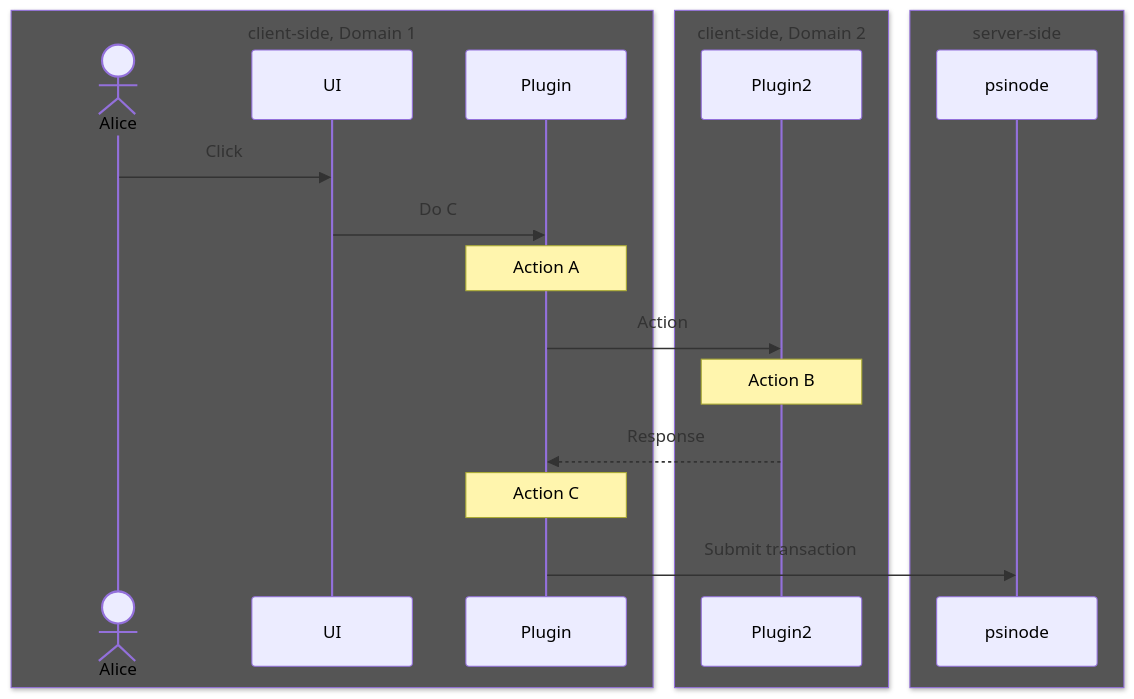
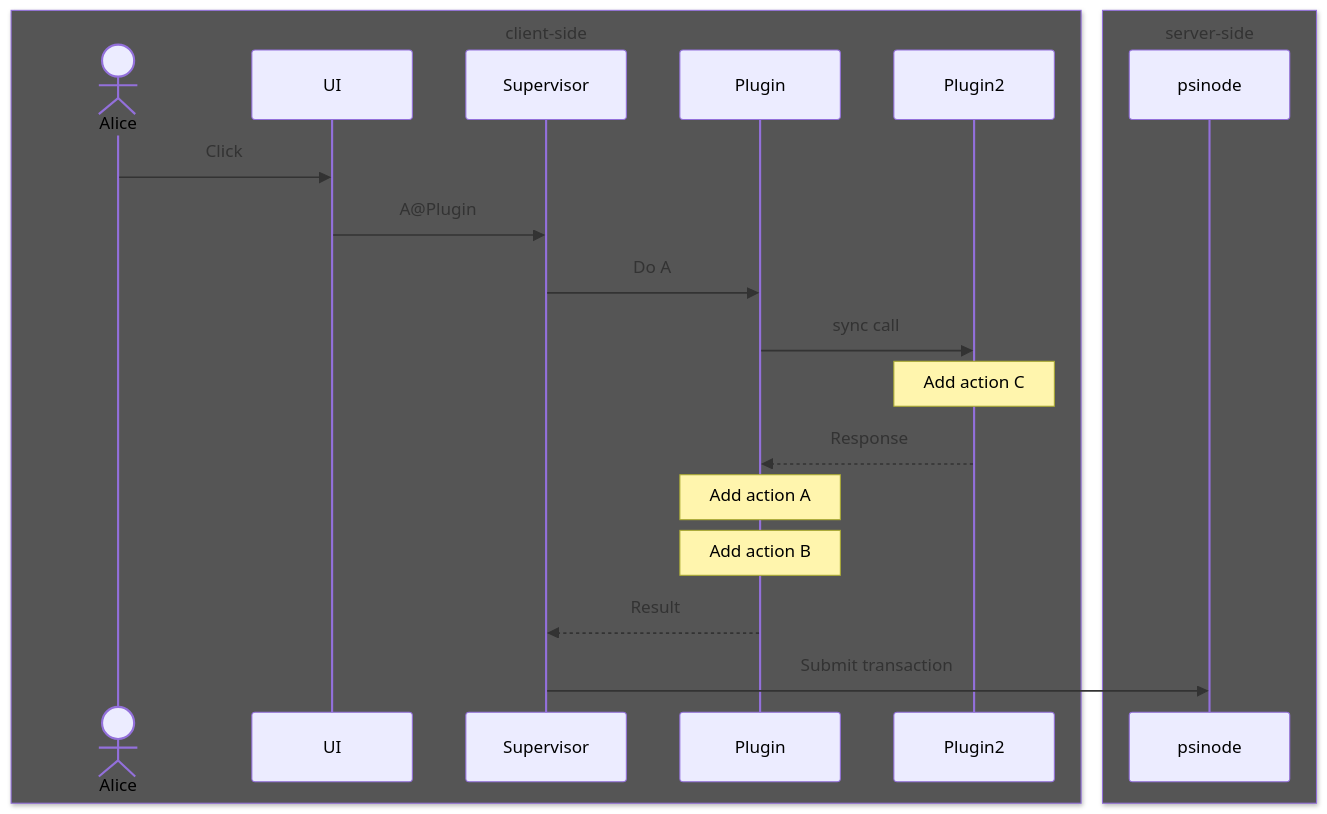
The second of 2 diagrams in doc/psidk/src/specifications/app-architecture/plugins.md (gofractally/psibase), drawn with Mermaid before and after one commit. The commit also changed other lines of this file and 6 other files, not shown here.

````diff
--- a/doc/psidk/src/specifications/app-architecture/plugins.md
+++ b/doc/psidk/src/specifications/app-architecture/plugins.md
@@ -81,26 +52,26 @@
 ```mermaid
 sequenceDiagram 
 
-box rgb(85,85,85) client-side, Domain 1
+box rgb(85,85,85) client-side
 actor Alice
 participant UI
+participant Supervisor
 participant Plugin
-end
-
-box rgb(85,85,85) client-side, Domain 2
 participant Plugin2
 end
 
 box rgb(85,85,85) server-side
 participant psinode
 end
 
 Alice->>UI: Click
-UI->>Plugin: Do C
-Note over Plugin: Action A
-Plugin->>Plugin2: Action
-Note over Plugin2: Action B
+UI->>Supervisor: A@Plugin
+Supervisor->>Plugin: Do A
+Plugin->>Plugin2: sync call
+Note over Plugin2: Add action C
 Plugin2-->>Plugin: Response
-Note over Plugin: Action C
-Plugin->>psinode: Submit transaction
+Note over Plugin: Add action A
+Note over Plugin: Add action B
+Plugin-->>Supervisor: Result
+Supervisor->>psinode: Submit transaction
 ```
````
